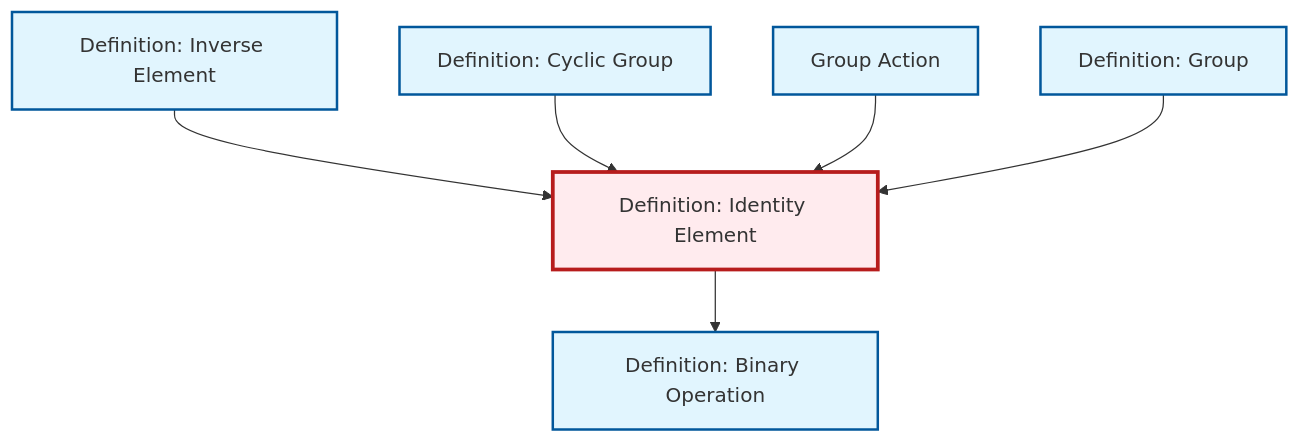
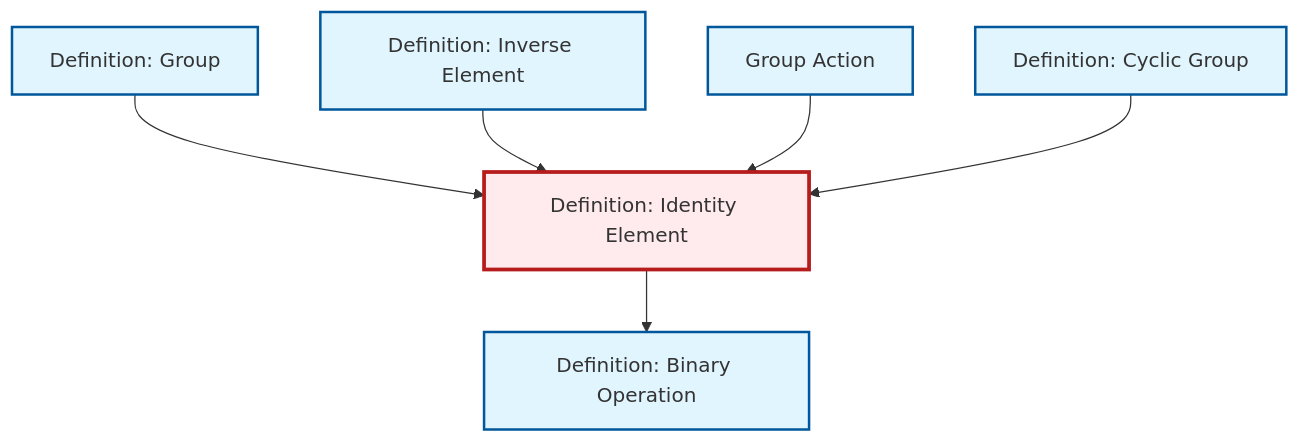
Before and after one commit to RK0429/ModernMath: the diagram in content/ja/algebra/def-identity-element.qmd, drawn with Mermaid. The commit also changed other lines of this file and 360 other files, not shown here.

````diff
--- a/content/ja/algebra/def-identity-element.qmd
+++ b/content/ja/algebra/def-identity-element.qmd
@@ -81,26 +81,26 @@
 ```{mermaid}
 %%| fig-cap: "Local dependency graph"
 graph TD
     classDef definition fill:#e1f5fe,stroke:#01579b,stroke-width:2px
     classDef theorem fill:#f3e5f5,stroke:#4a148c,stroke-width:2px
     classDef axiom fill:#fff3e0,stroke:#e65100,stroke-width:2px
     classDef example fill:#e8f5e9,stroke:#1b5e20,stroke-width:2px
     classDef current fill:#ffebee,stroke:#b71c1c,stroke-width:3px
+    def-inverse-element["Definition: Inverse Element"]:::definition
+    def-identity-element["Definition: Identity Element"]:::definition
+    def-cyclic-group["Definition: Cyclic Group"]:::definition
+    def-group-action["Group Action"]:::definition
+    def-group["Definition: Group"]:::definition
     def-binary-operation["Definition: Binary Operation"]:::definition
-    def-cyclic-group["Definition: Cyclic Group"]:::definition
-    def-group["Definition: Group"]:::definition
-    def-inverse-element["Definition: Inverse Element"]:::definition
-    def-group-action["Group Action"]:::definition
-    def-identity-element["Definition: Identity Element"]:::definition
+    def-group --> def-identity-element
     def-inverse-element --> def-identity-element
+    def-identity-element --> def-binary-operation
+    def-group-action --> def-identity-element
     def-cyclic-group --> def-identity-element
-    def-group-action --> def-identity-element
-    def-identity-element --> def-binary-operation
-    def-group --> def-identity-element
     class def-identity-element current
+    click def-inverse-element "def-inverse-element.html" "Definition: Inverse Elementへ"
+    click def-cyclic-group "def-cyclic-group.html" "Definition: Cyclic Groupへ"
+    click def-group-action "def-group-action.html" "Group Actionへ"
+    click def-group "def-group.html" "Definition: Groupへ"
     click def-binary-operation "def-binary-operation.html" "Definition: Binary Operationへ"
-    click def-cyclic-group "def-cyclic-group.html" "Definition: Cyclic Groupへ"
-    click def-group "def-group.html" "Definition: Groupへ"
-    click def-inverse-element "def-inverse-element.html" "Definition: Inverse Elementへ"
-    click def-group-action "def-group-action.html" "Group Actionへ"
 ```
````
